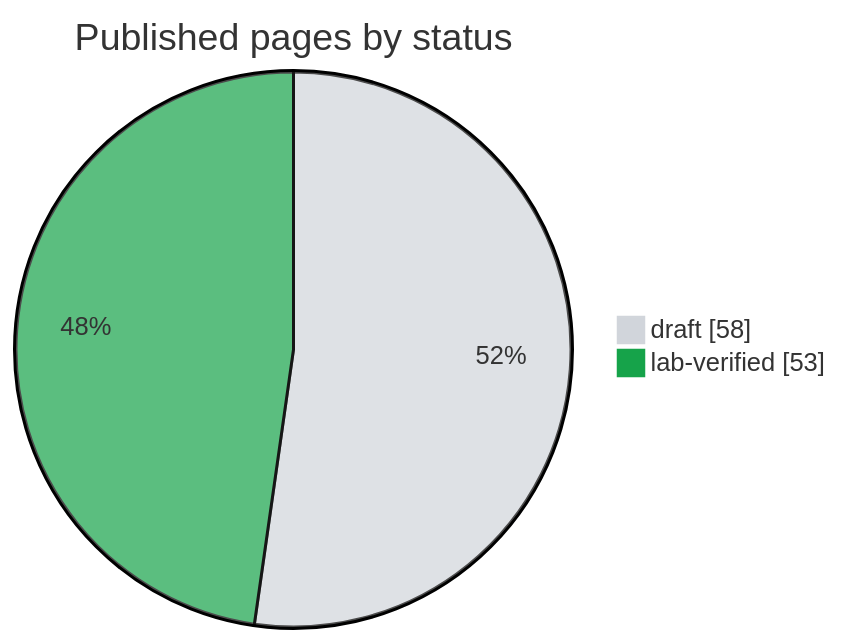
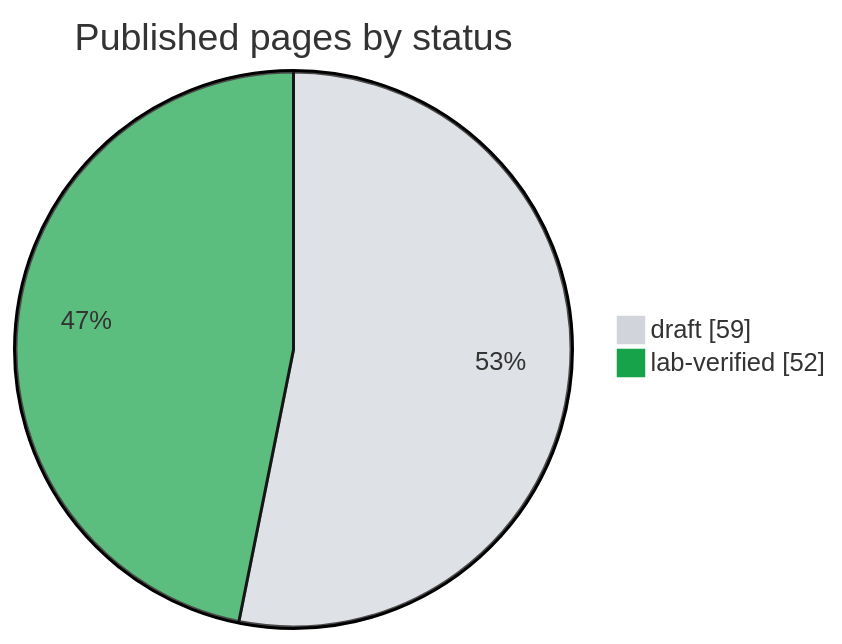
Before and after one commit to OzarLand/ozarland: the third of 3 diagrams in README.md, drawn with Mermaid. The commit also changed other lines of this file and 26 other files, not shown here.

````diff
--- a/README.md
+++ b/README.md
@@ -131,7 +132,7 @@
 ```mermaid
 %%{init: {"theme": "base", "themeVariables": {"pie1": "#d1d5db", "pie2": "#16a34a"}}}%%
 pie showData
     title Published pages by status
-    "draft" : 58
-    "lab-verified" : 53
+    "draft" : 59
+    "lab-verified" : 52
 ```
````
